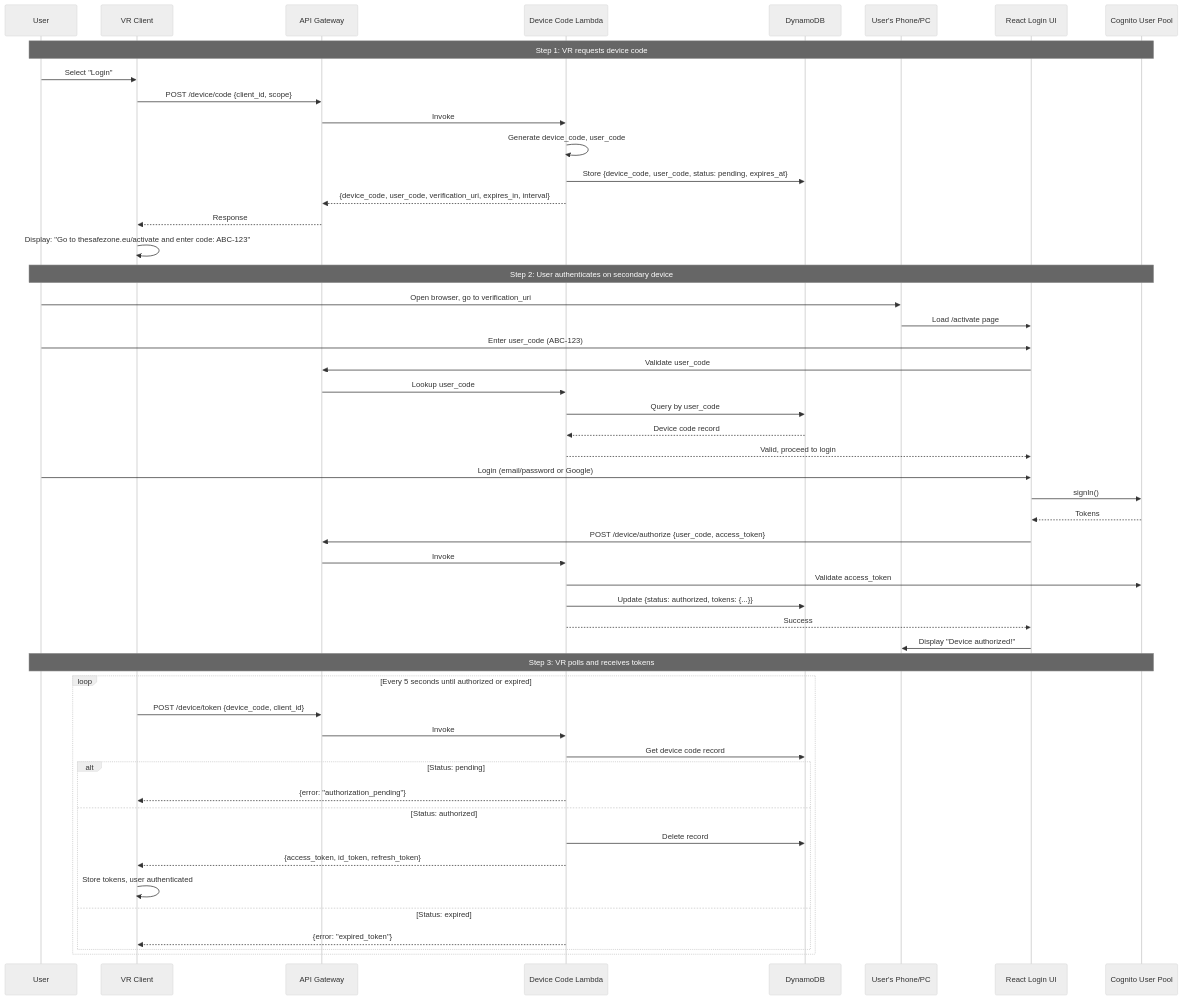
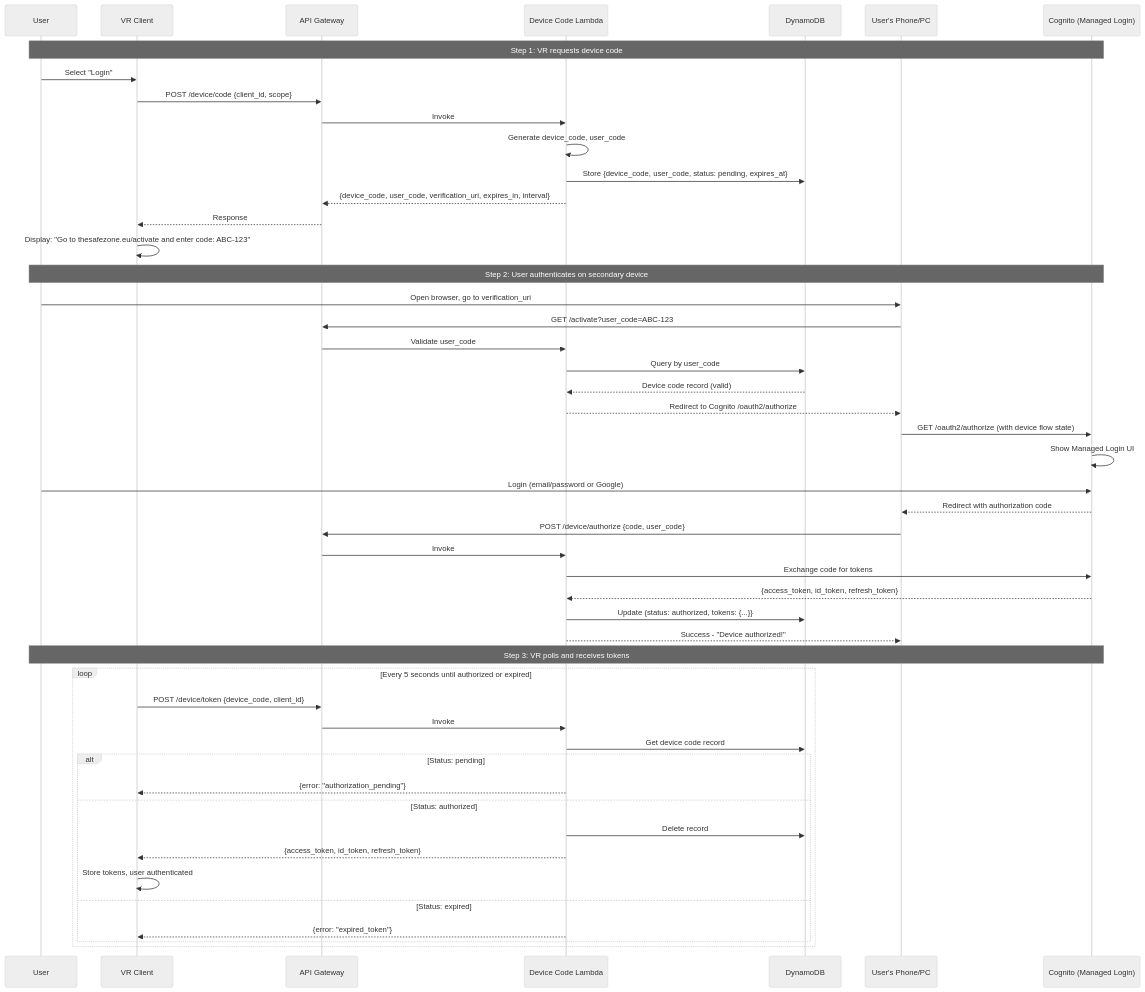
Before and after one commit to dumip/tsz-idp: the fifth of 6 diagrams in .kiro/specs/thesafezone-idp/design.md, drawn with Mermaid (neutral theme). The commit also changed other lines of this file and 2 other files, not shown here.

Commit message:
Updated requirements to use managed login in AWS Cognito

````diff
--- a/.kiro/specs/thesafezone-idp/design.md
+++ b/.kiro/specs/thesafezone-idp/design.md
@@ -224,56 +204,54 @@
 ```mermaid
 sequenceDiagram
     participant User
     participant VR as VR Client
     participant APIGW as API Gateway
     participant Lambda as Device Code Lambda
     participant DDB as DynamoDB
     participant Phone as User's Phone/PC
-    participant LoginUI as React Login UI
-    participant Cognito as Cognito User Pool
+    participant Cognito as Cognito (Managed Login)
 
     Note over User,Cognito: Step 1: VR requests device code
     User->>VR: Select "Login"
     VR->>APIGW: POST /device/code {client_id, scope}
     APIGW->>Lambda: Invoke
     Lambda->>Lambda: Generate device_code, user_code
     Lambda->>DDB: Store {device_code, user_code, status: pending, expires_at}
     Lambda-->>APIGW: {device_code, user_code, verification_uri, expires_in, interval}
     APIGW-->>VR: Response
     VR->>VR: Display: "Go to thesafezone.eu/activate and enter code: ABC-123"
 
     Note over User,Cognito: Step 2: User authenticates on secondary device
     User->>Phone: Open browser, go to verification_uri
-    Phone->>LoginUI: Load /activate page
-    User->>LoginUI: Enter user_code (ABC-123)
-    LoginUI->>APIGW: Validate user_code
-    APIGW->>Lambda: Lookup user_code
+    Phone->>APIGW: GET /activate?user_code=ABC-123
+    APIGW->>Lambda: Validate user_code
     Lambda->>DDB: Query by user_code
-    DDB-->>Lambda: Device code record
-    Lambda-->>LoginUI: Valid, proceed to login
-    User->>LoginUI: Login (email/password or Google)
-    LoginUI->>Cognito: signIn()
-    Cognito-->>LoginUI: Tokens
-    LoginUI->>APIGW: POST /device/authorize {user_code, access_token}
+    DDB-->>Lambda: Device code record (valid)
+    Lambda-->>Phone: Redirect to Cognito /oauth2/authorize
+    Phone->>Cognito: GET /oauth2/authorize (with device flow state)
+    Cognito->>Cognito: Show Managed Login UI
+    User->>Cognito: Login (email/password or Google)
+    Cognito-->>Phone: Redirect with authorization code
+    Phone->>APIGW: POST /device/authorize {code, user_code}
     APIGW->>Lambda: Invoke
-    Lambda->>Cognito: Validate access_token
+    Lambda->>Cognito: Exchange code for tokens
+    Cognito-->>Lambda: {access_token, id_token, refresh_token}
     Lambda->>DDB: Update {status: authorized, tokens: {...}}
-    Lambda-->>LoginUI: Success
-    LoginUI->>Phone: Display "Device authorized!"
+    Lambda-->>Phone: Success - "Device authorized!"
 
     Note over User,Cognito: Step 3: VR polls and receives tokens
     loop Every 5 seconds until authorized or expired
         VR->>APIGW: POST /device/token {device_code, client_id}
         APIGW->>Lambda: Invoke
         Lambda->>DDB: Get device code record
         alt Status: pending
             Lambda-->>VR: {error: "authorization_pending"}
         else Status: authorized
             Lambda->>DDB: Delete record
             Lambda-->>VR: {access_token, id_token, refresh_token}
             VR->>VR: Store tokens, user authenticated
         else Status: expired
             Lambda-->>VR: {error: "expired_token"}
         end
     end
 ```
````
